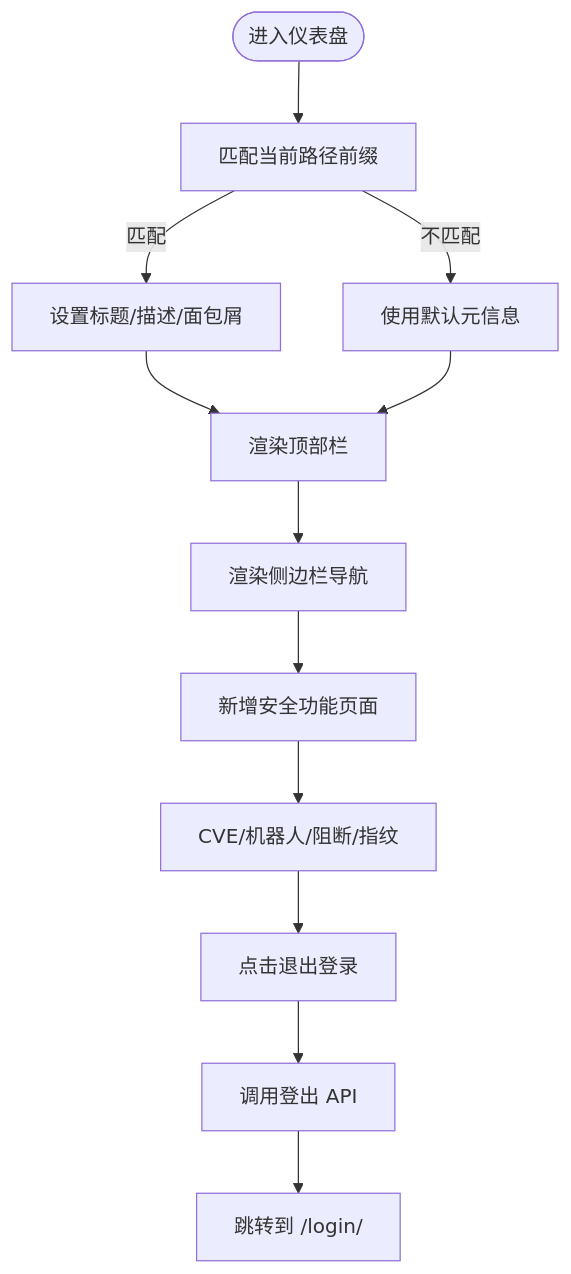
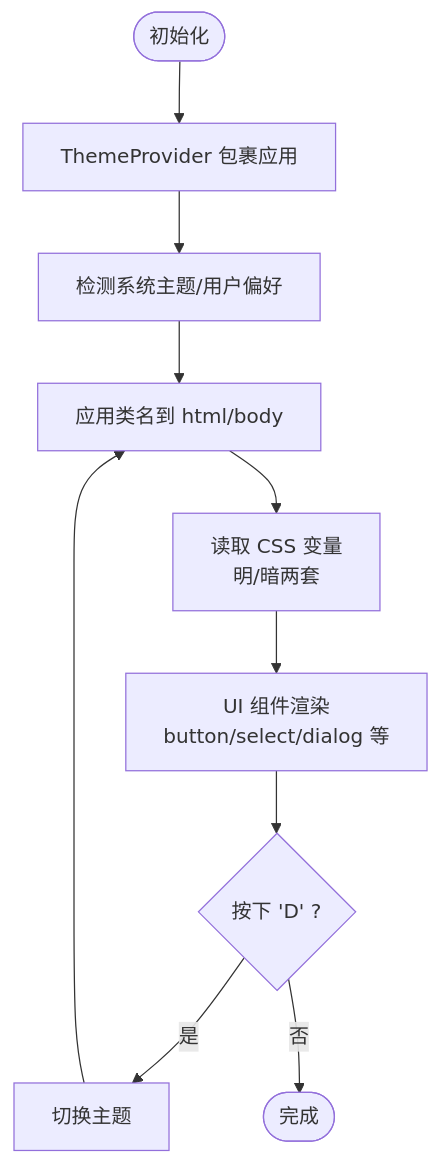
Before and after one commit to x01n/My-OpenWaf: the third of 8 diagrams in docs/前端管理界面/前端管理界面.md, drawn with Mermaid. The commit also changed other lines of this file and 199 other files, not shown here.

````diff
--- a/docs/前端管理界面/前端管理界面.md
+++ b/docs/前端管理界面/前端管理界面.md
@@ -296,14 +141,12 @@
 ```mermaid
 flowchart TD
-Start(["进入仪表盘"]) --> CheckPath["匹配当前路径前缀"]
-CheckPath --> |匹配| SetMeta["设置标题/描述/面包屑"]
-CheckPath --> |不匹配| DefaultMeta["使用默认元信息"]
-SetMeta --> RenderTopbar["渲染顶部栏"]
-DefaultMeta --> RenderTopbar
-RenderTopbar --> RenderSidebar["渲染侧边栏导航"]
-RenderSidebar --> NewFeatures["新增安全功能页面"]
-NewFeatures --> NavItems["CVE/机器人/阻断/指纹"]
-NavItems --> Logout["点击退出登录"]
-Logout --> CallLogout["调用登出 API"]
-CallLogout --> Redirect["跳转到 /login/"]
+Start(["初始化"]) --> Provider["ThemeProvider 包裹应用"]
+Provider --> Detect["检测系统主题/用户偏好"]
+Detect --> Apply["应用类名到 html/body"]
+Apply --> Variables["读取 CSS 变量<br/>明/暗两套"]
+Variables --> Components["UI 组件渲染<br/>button/select/dialog 等"]
+Components --> Hotkey{"按下 'D' ?"}
+Hotkey --> |是| Toggle["切换主题"]
+Hotkey --> |否| End(["完成"])
+Toggle --> Apply
 ```
````
